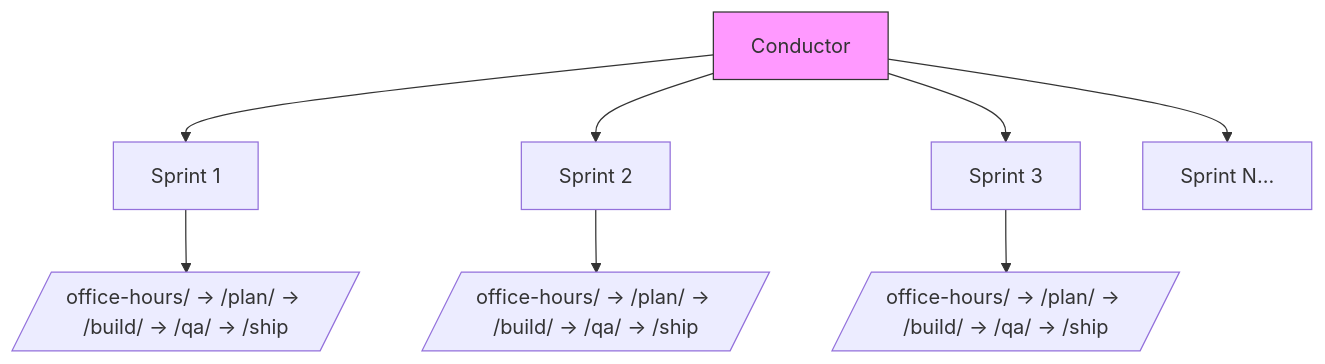
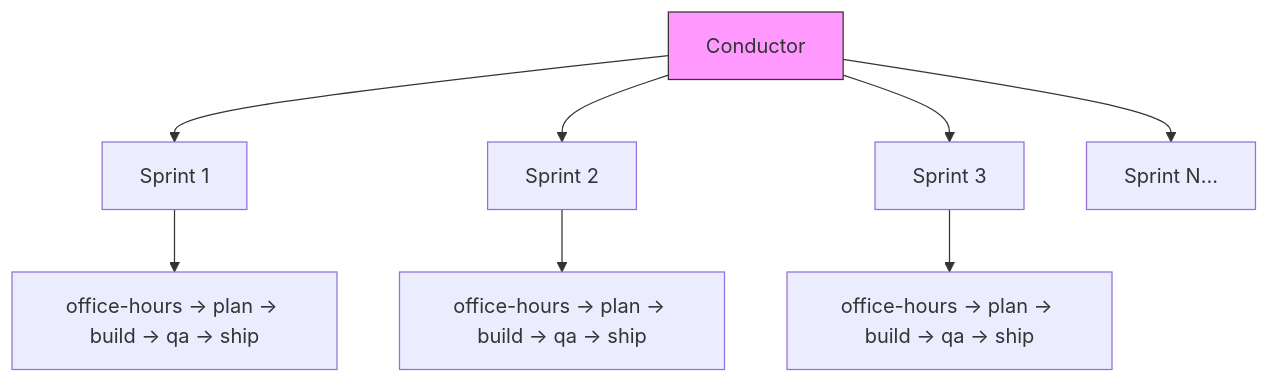
The eighth of 8 diagrams in README.md (evoerax/awesome-harness-engineering), drawn with Mermaid before and after one commit. The commit also changed other lines of this file and 1 other file, not shown here.

Commit message:
fix: Mermaid diagram syntax - remove /node/ pattern that GitHub can't parse

````diff
--- a/README.md
+++ b/README.md
@@ -384,13 +384,13 @@
 ```mermaid
 graph TD
     A[Conductor] --> B[Sprint 1]
     A --> C[Sprint 2]
     A --> D[Sprint 3]
-    A --> E[Sprint N...]
+    A --> E["Sprint N..."]
 
-    B --> B1[/office-hours/ → /plan/ → /build/ → /qa/ → /ship/]
-    C --> C1[/office-hours/ → /plan/ → /build/ → /qa/ → /ship/]
-    D --> D1[/office-hours/ → /plan/ → /build/ → /qa/ → /ship/]
+    B --> B1["office-hours → plan → build → qa → ship"]
+    C --> C1["office-hours → plan → build → qa → ship"]
+    D --> D1["office-hours → plan → build → qa → ship"]
 
     style A fill:#f9f,stroke:#333
 ```
````
